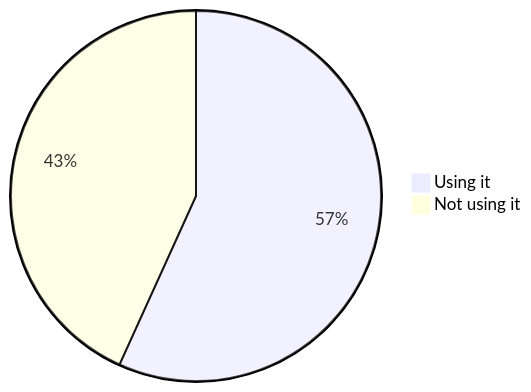
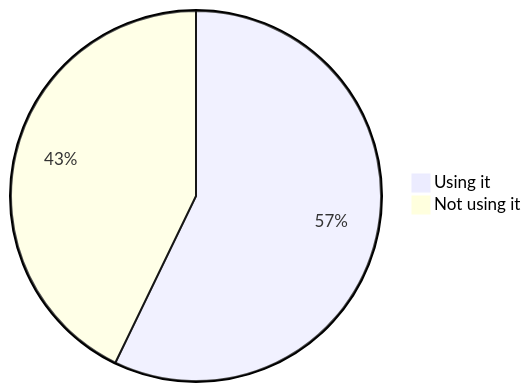
The second of 22 diagrams in stats.md (oshp/oshp-stats), drawn with Mermaid before and after one commit. The commit also changed other lines of this file, not shown here.

````diff
--- a/stats.md
+++ b/stats.md
@@ -22,6 +22,6 @@
 ```mermaid
 pie
-	"Using it" : 56.78
-	"Not using it" : 43.22
+	"Using it" : 57.17
+	"Not using it" : 42.83
 
 ```
````
